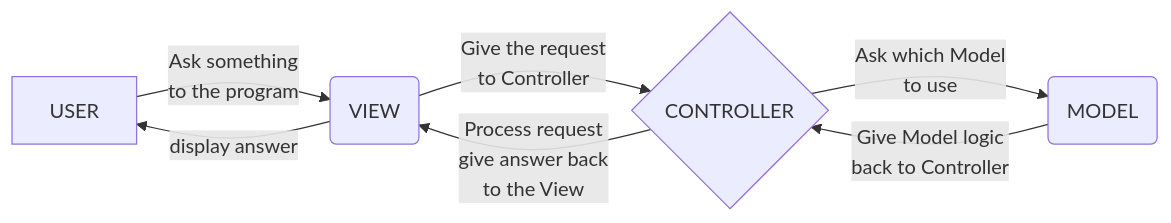
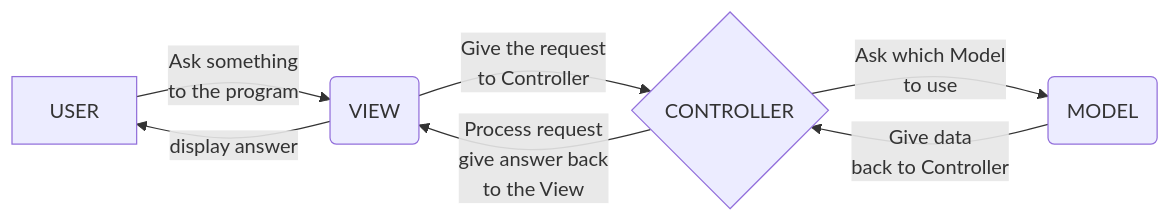
The diagram in readme.md (LGD-P/P4_Open_C), drawn with Mermaid before and after one commit. The commit also changed other lines of this file, not shown here.

````diff
--- a/readme.md
+++ b/readme.md
@@ -7,9 +7,9 @@
 ```mermaid
 graph LR;
     A[USER] --> |Ask something\n to the program| B(VIEW);
     B --> | Give the request \nto Controller |C{CONTROLLER};
     C --> | Ask which Model\n to use|D(MODEL);
-    D --> | Give Model logic\n back to Controller|C;
+    D --> | Give data\n back to Controller|C;
     C --> | Process request\n give answer back\n to the View|B; 
     B --> |display answer| A;
 ```
````
